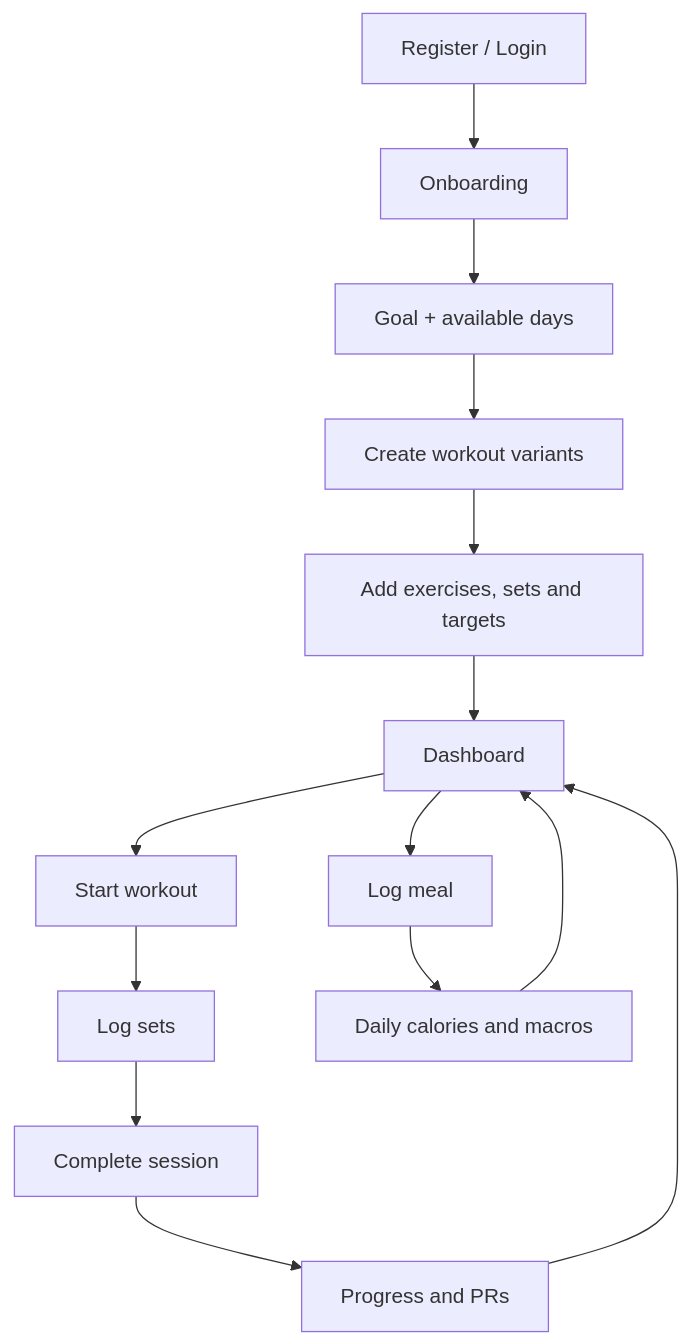
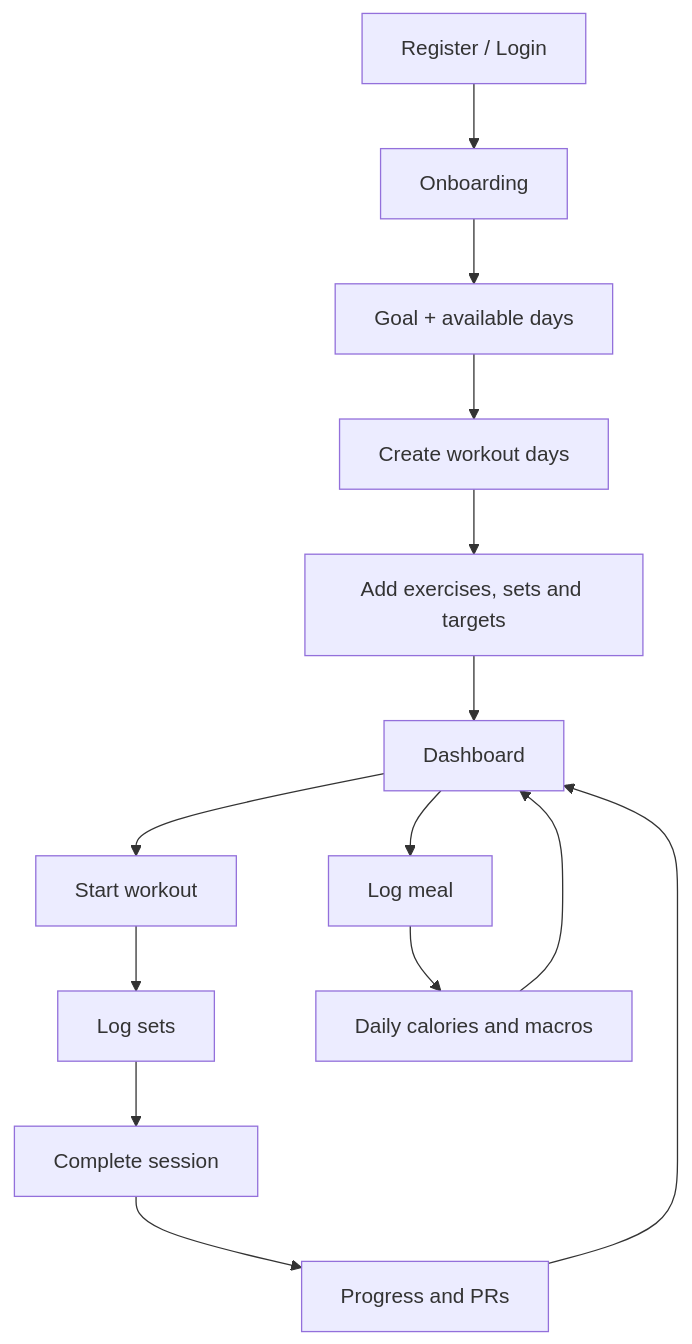
The diagram in docs/01-product-and-scope.md (stevegx/MySelf-app), drawn with Mermaid before and after one commit. The commit also changed other lines of this file and 4 other files, not shown here.

````diff
--- a/docs/01-product-and-scope.md
+++ b/docs/01-product-and-scope.md
@@ -67,16 +67,16 @@
 ```mermaid
 flowchart TD
     A[Register / Login] --> B[Onboarding]
     B --> C[Goal + available days]
-    C --> D[Create workout variants]
+    C --> D[Create workout days]
     D --> E[Add exercises, sets and targets]
     E --> F[Dashboard]
     F --> G[Start workout]
     G --> H[Log sets]
     H --> I[Complete session]
     I --> J[Progress and PRs]
     F --> K[Log meal]
     K --> L[Daily calories and macros]
     J --> F
     L --> F
 ```
````
